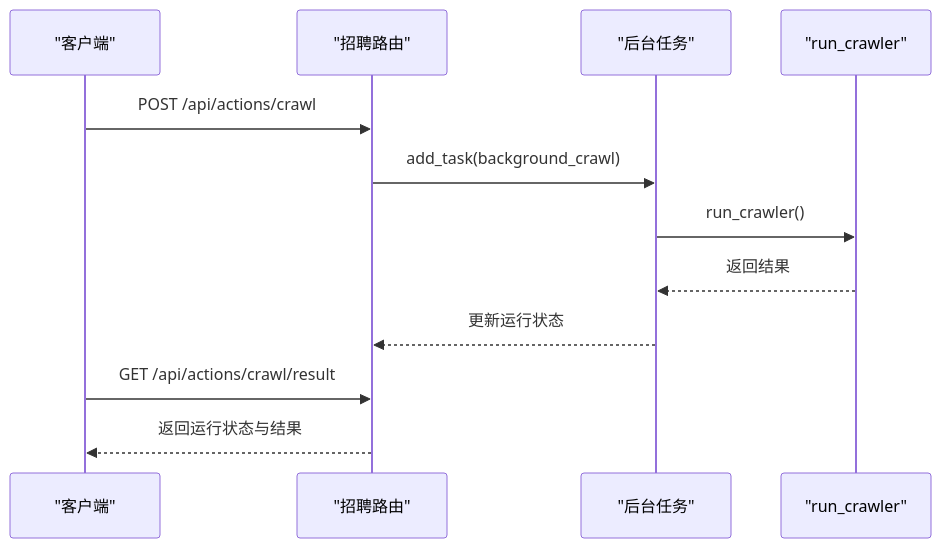
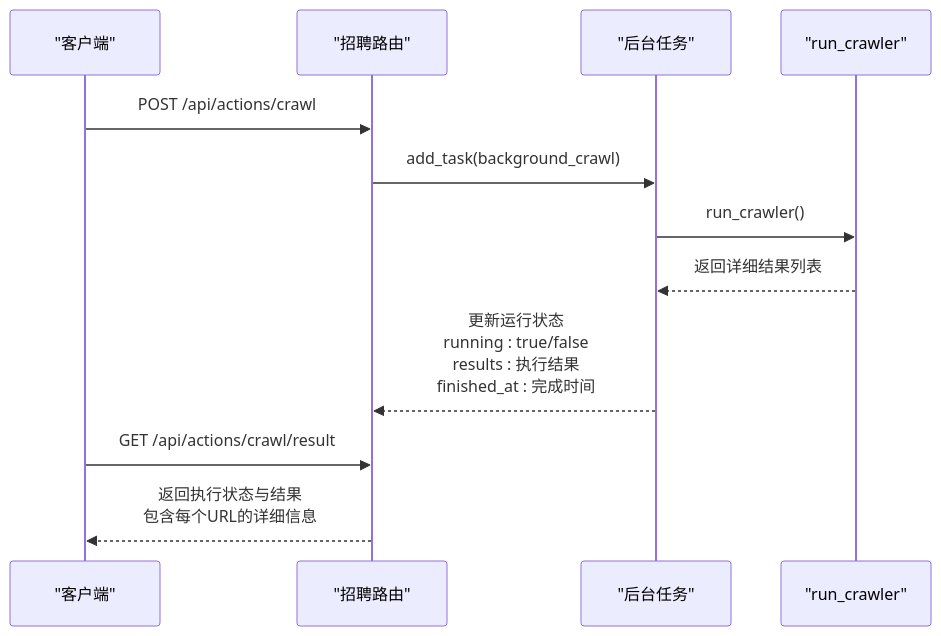
Before and after one commit to henghengZhu-0719/myblog: the fifth of 6 diagrams in .qoder/repowiki/zh/content/后端架构/工具函数库/招聘数据爬取工具.md, drawn with Mermaid. The commit also changed other lines of this file and 3 other files, not shown here.

````diff
--- a/.qoder/repowiki/zh/content/后端架构/工具函数库/招聘数据爬取工具.md
+++ b/.qoder/repowiki/zh/content/后端架构/工具函数库/招聘数据爬取工具.md
@@ -209,14 +237,14 @@
 ```mermaid
 sequenceDiagram
 participant Client as "客户端"
 participant Router as "招聘路由"
 participant BG as "后台任务"
 participant Crawler as "run_crawler"
 Client->>Router : POST /api/actions/crawl
 Router->>BG : add_task(background_crawl)
 BG->>Crawler : run_crawler()
-Crawler-->>BG : 返回结果
-BG-->>Router : 更新运行状态
+Crawler-->>BG : 返回详细结果列表
+BG-->>Router : 更新运行状态<br/>running : true/false<br/>results : 执行结果<br/>finished_at : 完成时间
 Client->>Router : GET /api/actions/crawl/result
-Router-->>Client : 返回运行状态与结果
+Router-->>Client : 返回执行状态与结果<br/>包含每个URL的详细信息
 ```
````
